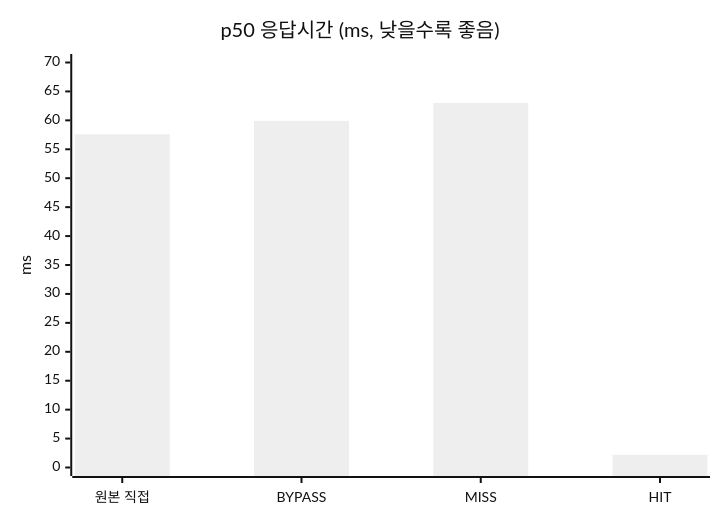
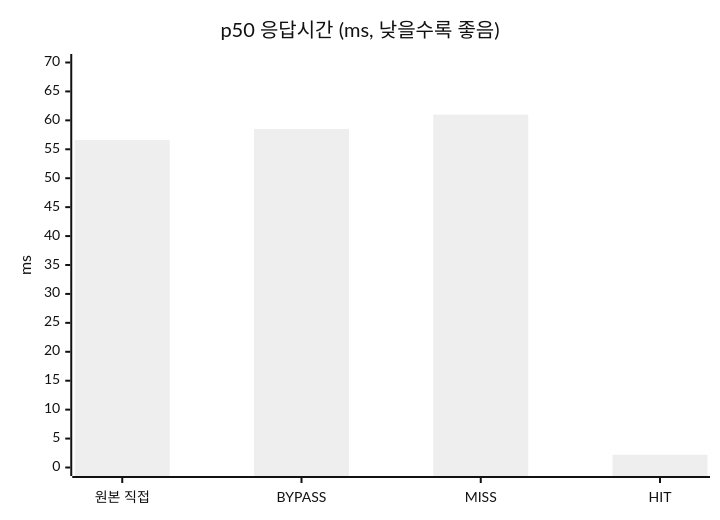
One commit to soheesgit/Mini-Redis changed the diagram in 검증결과.md. Above: the diagram before and after it, drawn with Mermaid (neutral theme). The commit also changed other lines of this file and 1 other file, not shown here.

````diff
--- a/검증결과.md
+++ b/검증결과.md
@@ -47,7 +49,7 @@
 ```mermaid
 xychart-beta
     title "p50 응답시간 (ms, 낮을수록 좋음)"
     x-axis ["원본 직접", "BYPASS", "MISS", "HIT"]
     y-axis "ms" 0 --> 70
-    bar [57.6, 59.9, 63.0, 2.2]
+    bar [56.6, 58.5, 61.0, 2.2]
 ```
````
